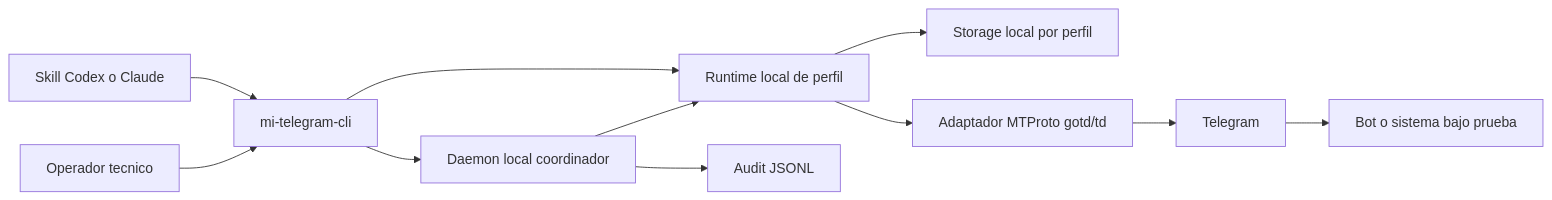
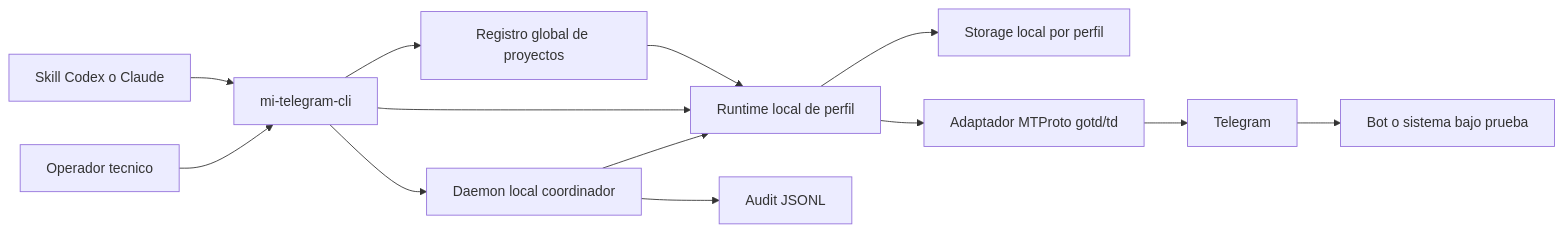
Before and after one commit to fgpaz/mi-telegram-cli: the first of 2 diagrams in .docs/wiki/02_arquitectura.md, drawn with Mermaid. The commit also changed other lines of this file and 27 other files, not shown here.

````diff
--- a/.docs/wiki/02_arquitectura.md
+++ b/.docs/wiki/02_arquitectura.md
@@ -19,13 +19,15 @@
 ```mermaid
 flowchart LR
     A[Skill Codex o Claude] --> B[mi-telegram-cli]
     U[Operador tecnico] --> B
-    B --> C[Runtime local de perfil]
+    B --> P[Registro global de proyectos]
+    P --> C[Runtime local de perfil]
+    B --> C
     B --> H[Daemon local coordinador]
     H --> C
     H --> I[Audit JSONL]
     C --> D[Storage local por perfil]
     C --> E[Adaptador MTProto gotd/td]
     E --> F[Telegram]
     F --> G[Bot o sistema bajo prueba]
 ```
````
